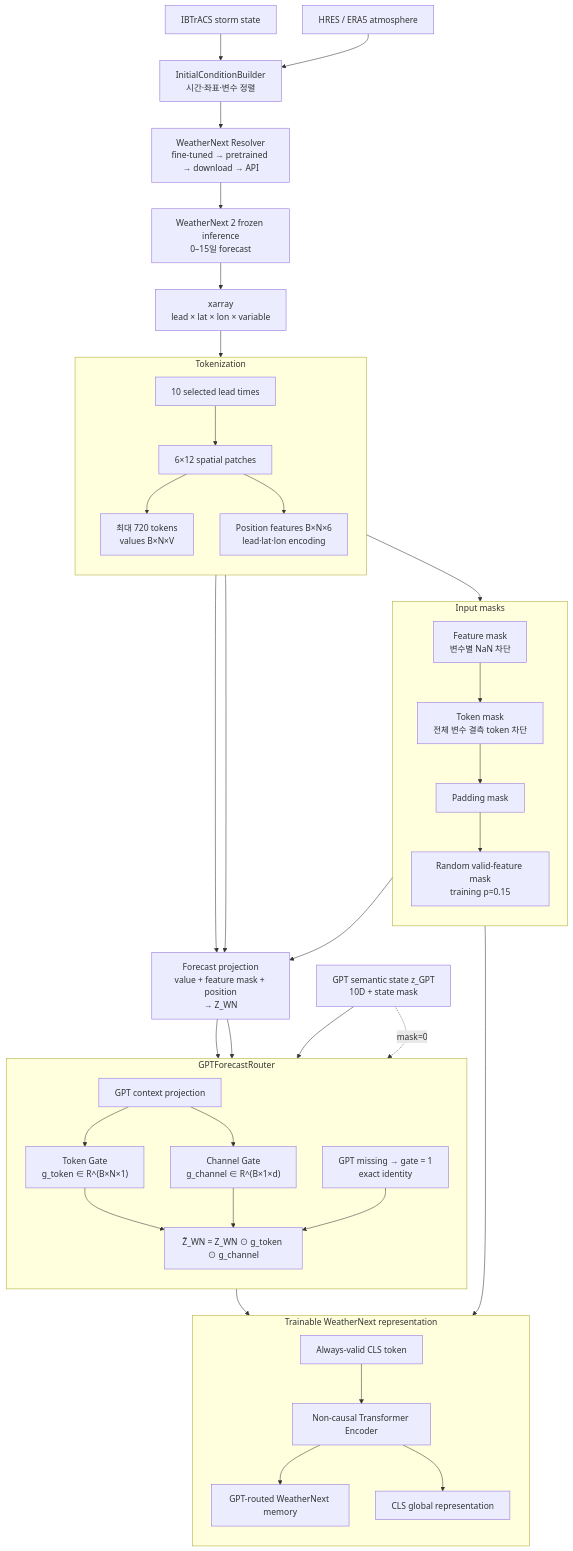
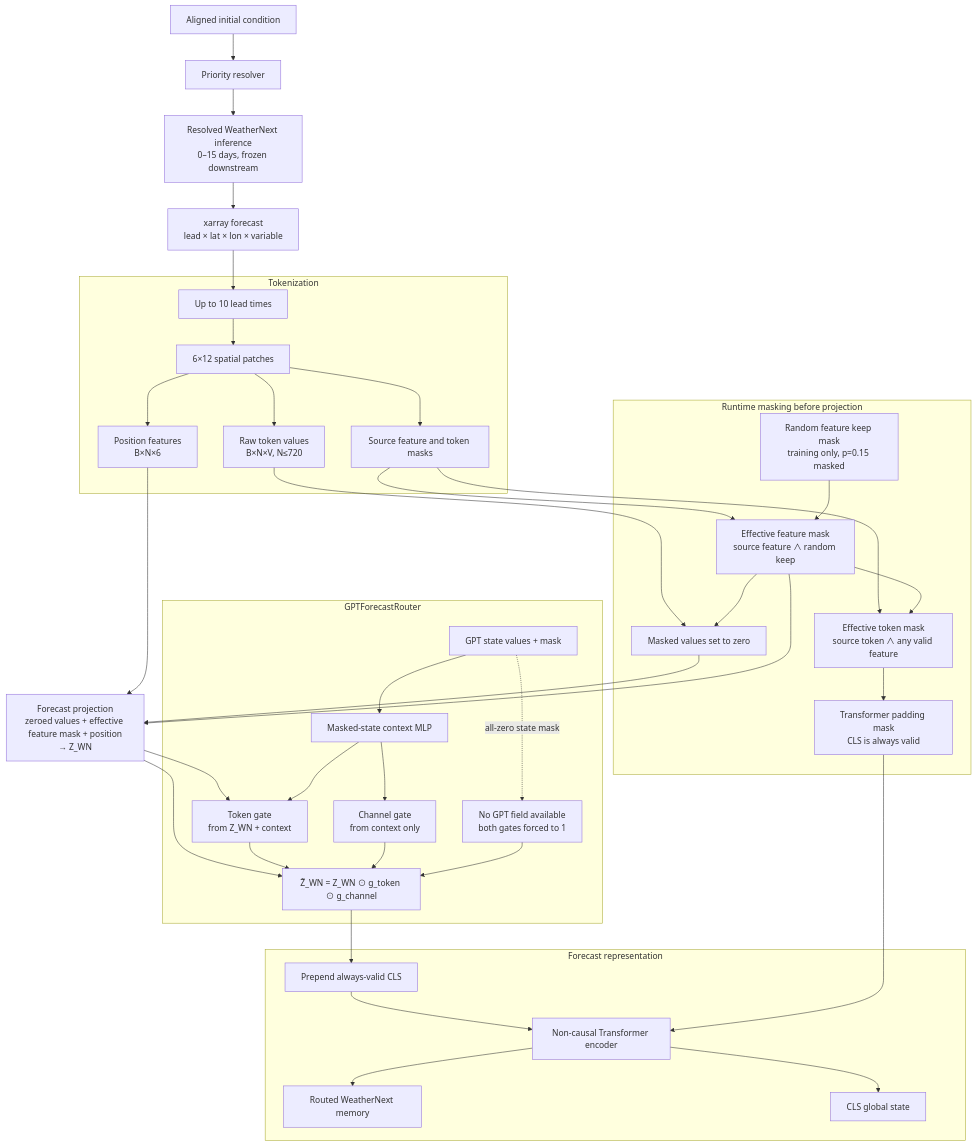
One commit to nayehyeon61-glitch/typnonn_preesure_data_loader changed the diagram in struct-picture/02-weathernext-transformer.md. Above: the diagram before and after it, drawn with Mermaid. The commit also changed other lines of this file and 11 other files, not shown here.

Commit message:
Align GPT router diagrams with implementation

````diff
--- a/struct-picture/02-weathernext-transformer.md
+++ b/struct-picture/02-weathernext-transformer.md
@@ -3,81 +5,78 @@
 ```mermaid
 flowchart TB
-    IB["IBTrACS storm state"]
-    ATM["HRES / ERA5 atmosphere"]
-    BUILDER["InitialConditionBuilder<br/>시간·좌표·변수 정렬"]
-    RES["WeatherNext Resolver<br/>fine-tuned → pretrained → download → API"]
-    WN["WeatherNext 2 frozen inference<br/>0–15일 forecast"]
-    XR["xarray<br/>lead × lat × lon × variable"]
+    INIT["Aligned initial condition"]
+    RES["Priority resolver"]
+    WN["Resolved WeatherNext inference<br/>0–15 days, frozen downstream"]
+    XR["xarray forecast<br/>lead × lat × lon × variable"]
 
-    IB --> BUILDER
-    ATM --> BUILDER
-    BUILDER --> RES
+    INIT --> RES
     RES --> WN
     WN --> XR
 
-    subgraph TOKENIZE["Tokenization"]
-        direction TB
-        LEAD["10 selected lead times"]
+    subgraph TOK["Tokenization"]
+        SELECT["Up to 10 lead times"]
         PATCH["6×12 spatial patches"]
-        TOKEN["최대 720 tokens<br/>values B×N×V"]
-        POS["Position features B×N×6<br/>lead·lat·lon encoding"]
+        VALUES["Raw token values<br/>B×N×V, N≤720"]
+        POS["Position features<br/>B×N×6"]
+        SOURCE_MASKS["Source feature and token masks"]
     end
 
-    XR --> LEAD
-    LEAD --> PATCH
-    PATCH --> TOKEN
+    XR --> SELECT
+    SELECT --> PATCH
+    PATCH --> VALUES
     PATCH --> POS
+    PATCH --> SOURCE_MASKS
 
-    subgraph MASKS["Input masks"]
-        direction TB
-        FEATURE["Feature mask<br/>변수별 NaN 차단"]
-        TOKENMASK["Token mask<br/>전체 변수 결측 token 차단"]
-        PAD["Padding mask"]
-        RANDOM["Random valid-feature mask<br/>training p=0.15"]
+    subgraph MASKING["Runtime masking before projection"]
+        RANDOM["Random feature keep mask<br/>training only, p=0.15 masked"]
+        EFFECTIVE_FEATURE["Effective feature mask<br/>source feature ∧ random keep"]
+        ZERO["Masked values set to zero"]
+        EFFECTIVE_TOKEN["Effective token mask<br/>source token ∧ any valid feature"]
+        PADDING["Transformer padding mask<br/>CLS is always valid"]
     end
 
-    TOKEN --> FEATURE
-    FEATURE --> TOKENMASK
-    TOKENMASK --> PAD
-    PAD --> RANDOM
+    SOURCE_MASKS --> EFFECTIVE_FEATURE
+    RANDOM --> EFFECTIVE_FEATURE
+    VALUES --> ZERO
+    EFFECTIVE_FEATURE --> ZERO
+    SOURCE_MASKS --> EFFECTIVE_TOKEN
+    EFFECTIVE_FEATURE --> EFFECTIVE_TOKEN
+    EFFECTIVE_TOKEN --> PADDING
 
-    PROJ["Forecast projection<br/>value + feature mask + position<br/>→ Z_WN"]
-    TOKEN --> PROJ
-    FEATURE --> PROJ
+    PROJ["Forecast projection<br/>zeroed values + effective feature mask + position<br/>→ Z_WN"]
+    ZERO --> PROJ
+    EFFECTIVE_FEATURE --> PROJ
     POS --> PROJ
 
-    GPT["GPT semantic state z_GPT<br/>10D + state mask"]
-
     subgraph ROUTER["GPTForecastRouter"]
-        direction TB
-        CTX["GPT context projection"]
-        TG["Token Gate<br/>g_token ∈ R^(B×N×1)"]
-        CG["Channel Gate<br/>g_channel ∈ R^(B×1×d)"]
+        GPT["GPT state values + mask"]
+        CTX["Masked-state context MLP"]
+        TG["Token gate<br/>from Z_WN + context"]
+        CG["Channel gate<br/>from context only"]
         ROUTE["Z̃_WN = Z_WN ⊙ g_token ⊙ g_channel"]
-        ID["GPT missing → gate = 1<br/>exact identity"]
+        ID["No GPT field available<br/>both gates forced to 1"]
     end
 
     GPT --> CTX
+    PROJ --> TG
     CTX --> TG
     CTX --> CG
-    PROJ --> TG
     PROJ --> ROUTE
     TG --> ROUTE
     CG --> ROUTE
-    GPT -. "mask=0" .-> ID
+    GPT -. "all-zero state mask" .-> ID
     ID --> ROUTE
 
-    subgraph ENCODER["Trainable WeatherNext representation"]
-        direction TB
-        CLS["Always-valid CLS token"]
-        TF["Non-causal Transformer Encoder"]
-        MEMORY["GPT-routed WeatherNext memory"]
-        GLOBAL["CLS global representation"]
+    subgraph ENCODER["Forecast representation"]
+        CLS["Prepend always-valid CLS"]
+        TF["Non-causal Transformer encoder"]
+        MEMORY["Routed WeatherNext memory"]
+        GLOBAL["CLS global state"]
     end
 
     ROUTE --> CLS
     CLS --> TF
-    RANDOM --> TF
+    PADDING --> TF
     TF --> MEMORY
     TF --> GLOBAL
 ```
````
